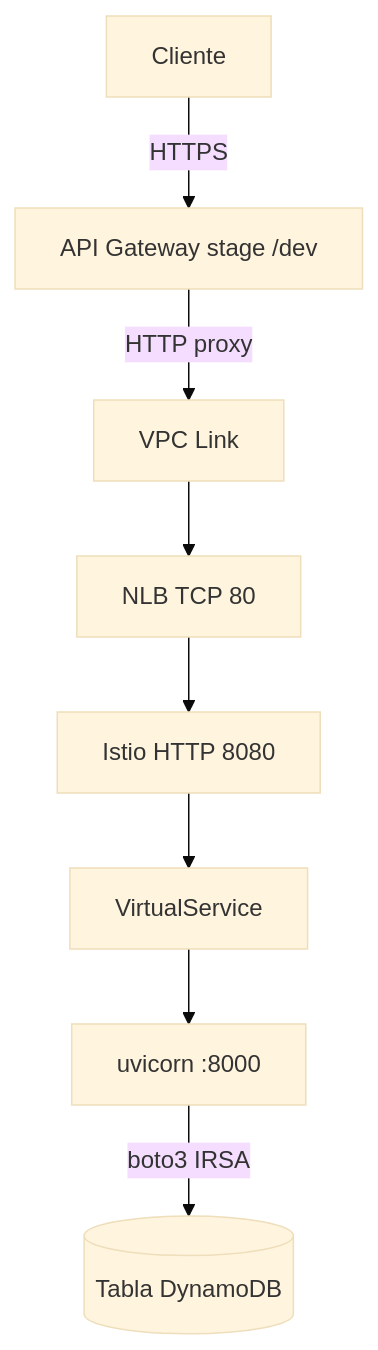
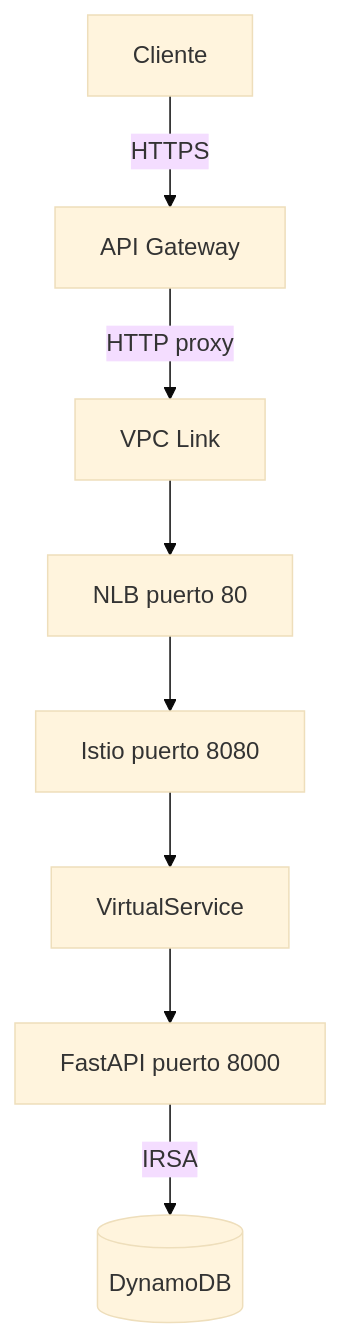
The diagram in docs/diagramas/flujo-http.mmd (marlon-figueroa/iac_api_mercado), drawn with Mermaid before and after one commit. The commit also changed 11 other files, not shown here.

Commit message:
Update mermaid configuration, enhance PDF header for better image handling, and refine documentation. Adjusted font size in mermaid config, improved LaTeX settings to prevent image overflow, and clarified diagram generation process in the documentation.

```diff
--- a/docs/diagramas/flujo-http.mmd
+++ b/docs/diagramas/flujo-http.mmd
@@ -1,14 +1,9 @@
 %%{init: {'theme': 'base', 'flowchart': {'useMaxWidth': false}}}%%
 flowchart TB
-  C[Cliente]
-  A["API Gateway stage /dev"]
-  V[VPC Link]
-  N[NLB TCP 80]
-  I[Istio HTTP 8080]
-  S[VirtualService]
-  P["uvicorn :8000"]
-  T[(Tabla DynamoDB)]
-
-  C -->|HTTPS| A
-  A -->|HTTP proxy| V --> N --> I --> S --> P
-  P -->|boto3 IRSA| T
+  C[Cliente] -->|HTTPS| A[API Gateway]
+  A -->|HTTP proxy| V[VPC Link]
+  V --> N[NLB puerto 80]
+  N --> I[Istio puerto 8080]
+  I --> S[VirtualService]
+  S --> P[FastAPI puerto 8000]
+  P -->|IRSA| T[(DynamoDB)]
```
